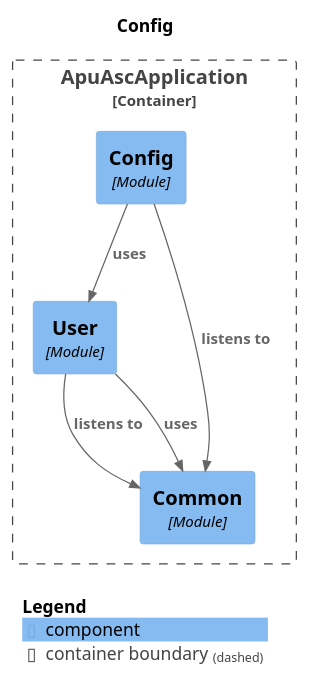
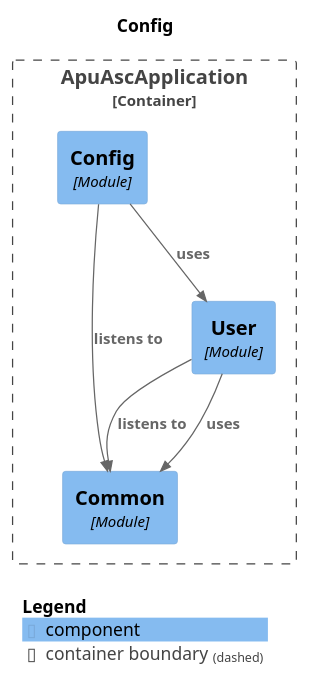
The diagram in docs/diagrams/puml/module-config.puml (ryanlau1220/APU-ASC), drawn with PlantUML before and after one commit. The commit also changed other lines of this file and 14 other files, not shown here.

Commit message:
reorder C4 component definitions and relationship entries for consistency across module diagrams

```diff
--- a/docs/diagrams/puml/module-config.puml
+++ b/docs/diagrams/puml/module-config.puml
@@ -1,23 +1,23 @@
 @startuml
 set separator none
 title Config
 
 top to bottom direction
 
 !include <C4/C4>
 !include <C4/C4_Context>
 !include <C4/C4_Component>
 
 Container_Boundary("ApuAscApplication.ApuAscApplication_boundary", "ApuAscApplication", $tags="") {
+  Component(ApuAscApplication.ApuAscApplication.Common, "Common", $techn="Module", $descr="", $tags="", $link="")
+  Component(ApuAscApplication.ApuAscApplication.Config, "Config", $techn="Module", $descr="", $tags="", $link="")
   Component(ApuAscApplication.ApuAscApplication.User, "User", $techn="Module", $descr="", $tags="", $link="")
-  Component(ApuAscApplication.ApuAscApplication.Config, "Config", $techn="Module", $descr="", $tags="", $link="")
-  Component(ApuAscApplication.ApuAscApplication.Common, "Common", $techn="Module", $descr="", $tags="", $link="")
 }
 
 Rel(ApuAscApplication.ApuAscApplication.Config, ApuAscApplication.ApuAscApplication.Common, "listens to", $techn="", $tags="", $link="")
 Rel(ApuAscApplication.ApuAscApplication.Config, ApuAscApplication.ApuAscApplication.User, "uses", $techn="", $tags="", $link="")
 Rel(ApuAscApplication.ApuAscApplication.User, ApuAscApplication.ApuAscApplication.Common, "listens to", $techn="", $tags="", $link="")
 Rel(ApuAscApplication.ApuAscApplication.User, ApuAscApplication.ApuAscApplication.Common, "uses", $techn="", $tags="", $link="")
 
 SHOW_LEGEND(true)
 @enduml
```
